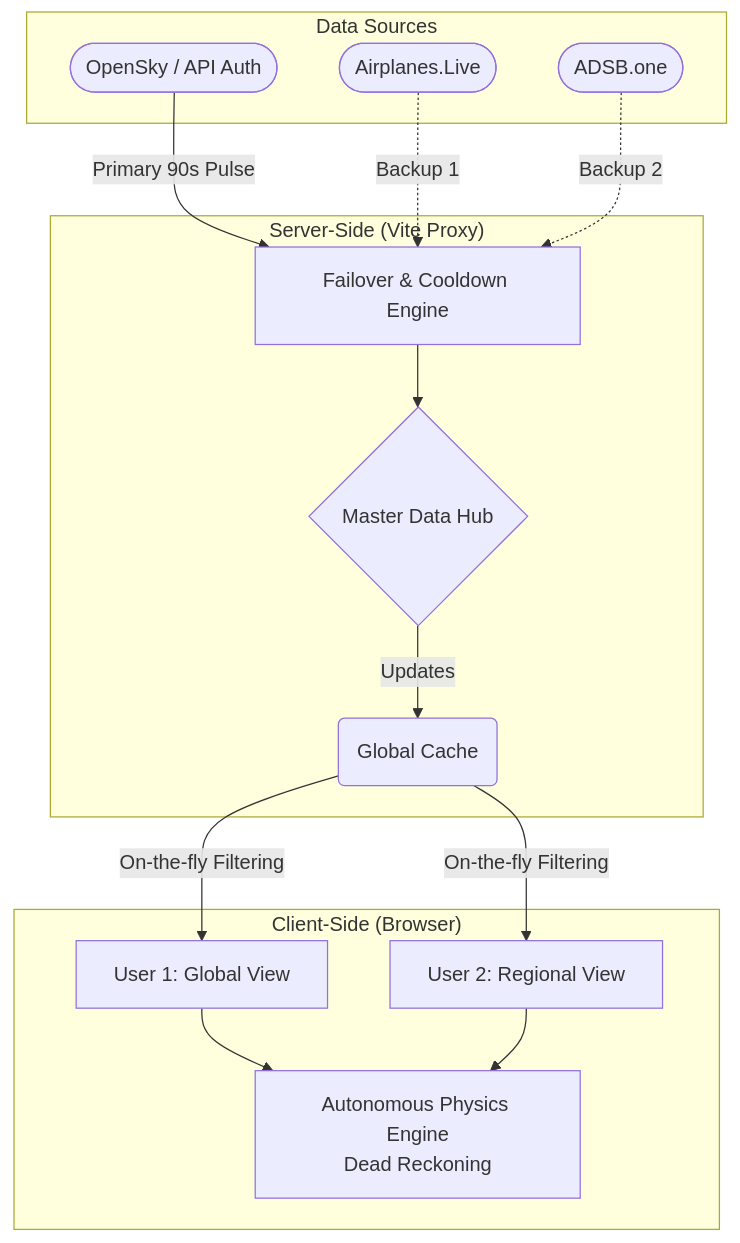
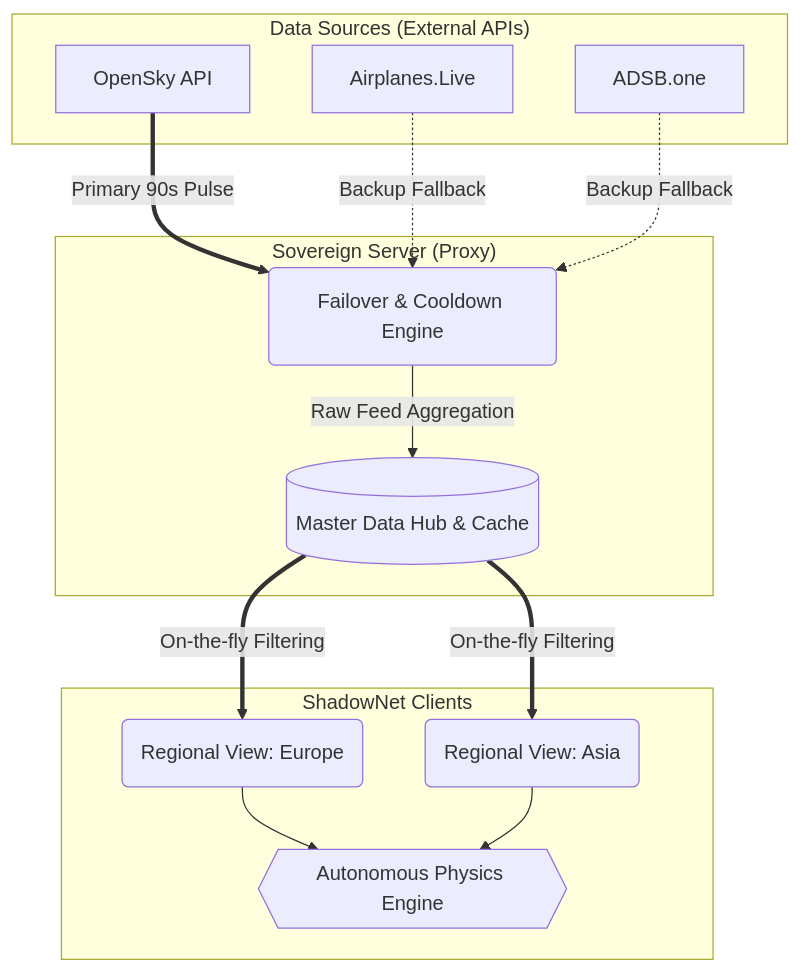
The diagram in README.md (RedRiveRR/ShadowNET), drawn with Mermaid before and after one commit.

Commit message:
docs: update system architecture diagram in README to reflect current infrastructure components and data flow

````diff
--- a/README.md
+++ b/README.md
@@ -19,33 +19,31 @@
 ```mermaid
 graph TD
-    subgraph DataSources["Data Sources"]
-        O([OpenSky / API Auth])
-        A([Airplanes.Live])
-        B([ADSB.one])
+    subgraph DataSources["Data Sources (External APIs)"]
+        O[OpenSky API]
+        A[Airplanes.Live]
+        B[ADSB.one]
     end
 
-    subgraph ServerSide["Server-Side (Vite Proxy)"]
-        M{Master Data Hub}
-        F[Failover & Cooldown Engine]
-        C1(Global Cache)
+    subgraph ServerSide["Sovereign Server (Proxy)"]
+        F(Failover & Cooldown Engine)
+        M[(Master Data Hub & Cache)]
     end
 
-    subgraph ClientSide["Client-Side (Browser)"]
-        U1[User 1: Global View]
-        U2[User 2: Regional View]
-        P[Autonomous Physics Engine<br>Dead Reckoning]
+    subgraph ClientSide["ShadowNet Clients"]
+        U1(Regional View: Europe)
+        U2(Regional View: Asia)
+        P{{Autonomous Physics Engine}}
     end
 
-    O -->|Primary 90s Pulse| F
-    A -.->|Backup 1| F
-    B -.->|Backup 2| F
+    O ==>|Primary 90s Pulse| F
+    A -.->|Backup Fallback| F
+    B -.->|Backup Fallback| F
     
-    F --> M
-    M -->|Updates| C1
+    F -->|Raw Feed Aggregation| M
     
-    C1 -->|On-the-fly Filtering| U1
-    C1 -->|On-the-fly Filtering| U2
+    M ==>|On-the-fly Filtering| U1
+    M ==>|On-the-fly Filtering| U2
 
     U1 --> P
     U2 --> P
 ```
````
